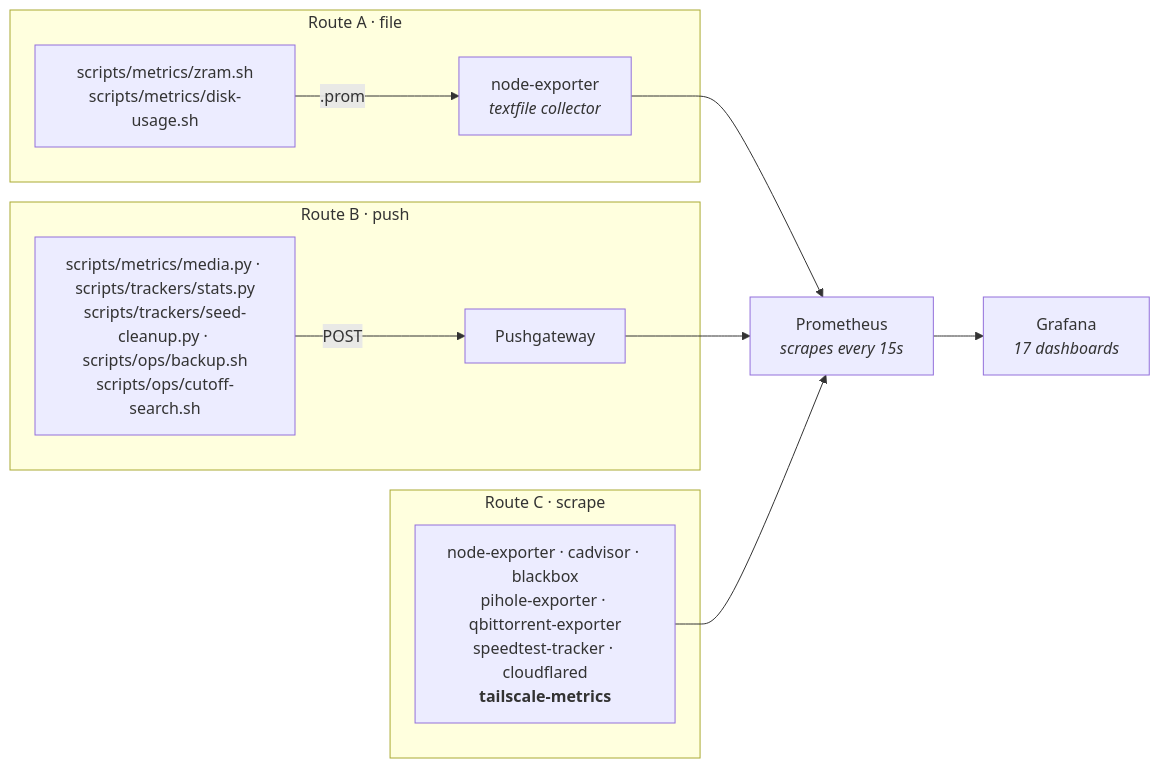
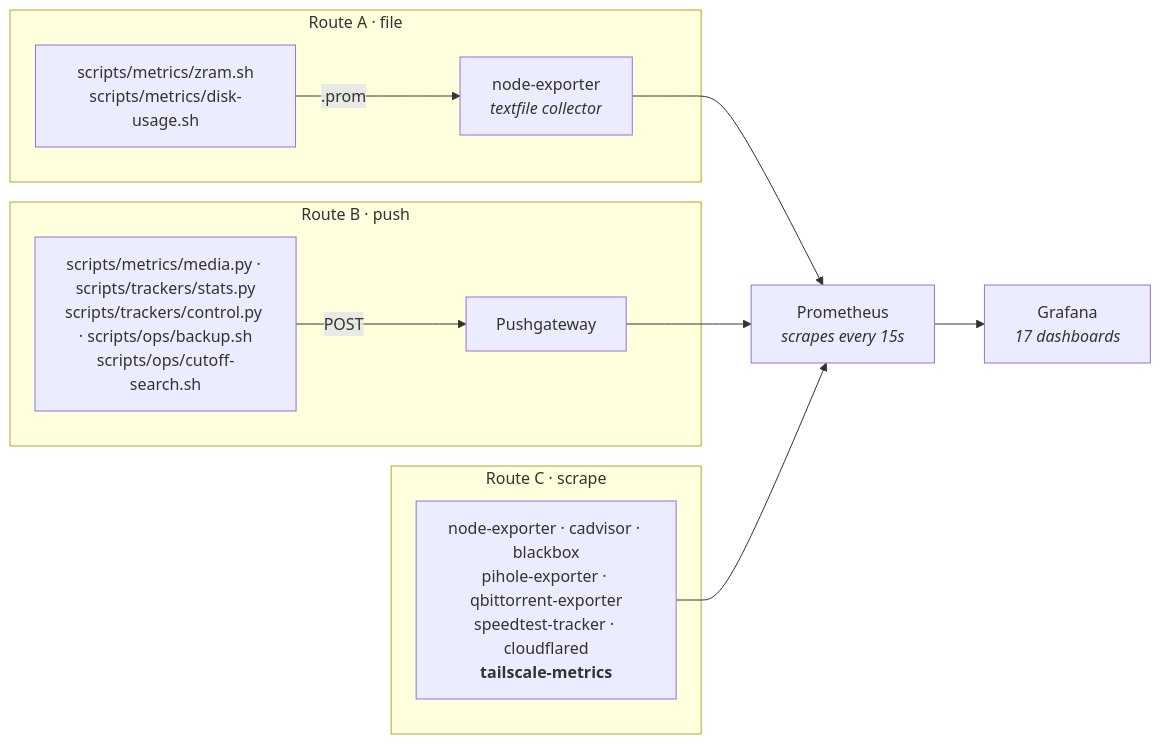
One commit to PlatanosVerdes/rpi-homeserver changed the sixth of 8 diagrams in docs/architecture.md. Above: the diagram before and after it, drawn with Mermaid. The commit also changed other lines of this file and 37 other files, not shown here.

````diff
--- a/docs/architecture.md
+++ b/docs/architecture.md
@@ -312,16 +264,16 @@
 ```mermaid
 flowchart LR
   subgraph A["Route A · file"]
     S1["scripts/metrics/zram.sh<br/>scripts/metrics/disk-usage.sh"] -->|.prom| NE["node-exporter<br/><i>textfile collector</i>"]
   end
   subgraph B["Route B · push"]
-    S2["scripts/metrics/media.py · scripts/trackers/stats.py<br/>scripts/trackers/seed-cleanup.py · scripts/ops/backup.sh<br/>scripts/ops/cutoff-search.sh"] -->|POST| PG["Pushgateway"]
+    S2["scripts/metrics/media.py · scripts/trackers/stats.py<br/>scripts/trackers/control.py · scripts/ops/backup.sh<br/>scripts/ops/cutoff-search.sh"] -->|POST| PG["Pushgateway"]
   end
   subgraph C["Route C · scrape"]
     EX["node-exporter · cadvisor · blackbox<br/>pihole-exporter · qbittorrent-exporter<br/>speedtest-tracker · cloudflared<br/><b>tailscale-metrics</b>"]
   end
   NE --> PROM
   PG --> PROM
   EX --> PROM
   PROM["Prometheus<br/><i>scrapes every 15s</i>"] --> GR["Grafana<br/><i>17 dashboards</i>"]
 ```
````
